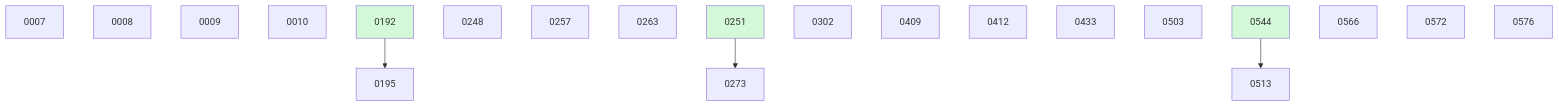
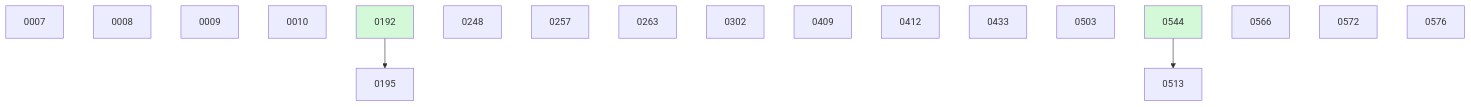
The diagram in docs/changes/BOARD.md (danielhanold/docket), drawn with Mermaid before and after one commit. The commit also changed other lines of this file and 2 other files, not shown here.

````diff
--- a/docs/changes/BOARD.md
+++ b/docs/changes/BOARD.md
@@ -38,25 +32,23 @@
 ```mermaid
 graph TD
   0007
   0008
   0009
   0010
   0192 --> 0195
   0248
   0257
   0263
-  0251 --> 0273
   0302
   0409
   0412
   0433
   0503
   0544 --> 0513
   0566
   0572
   0576
   0192:::done
-  0251:::done
   0544:::done
   classDef done fill:#d3f9d8;
 ```
````
